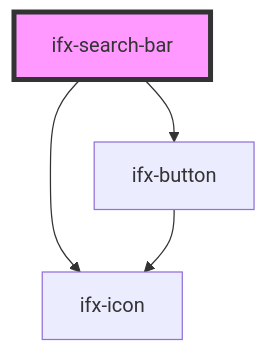
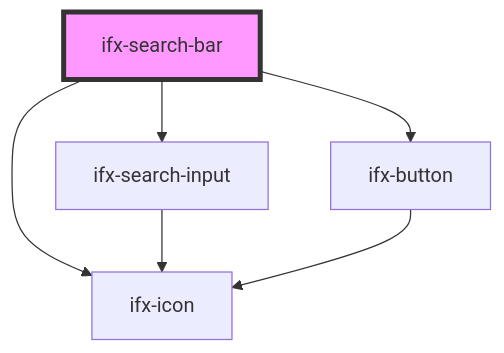
Before and after one commit to Infineon/infineon-design-system-stencil: the diagram in src/components/search-bar/readme.md, drawn with Mermaid. The commit also changed other lines of this file and 11 other files, not shown here.

Commit message:
search input added as a component taken by search-bar. Updated dropdown accordingly to use search input as well

````diff
--- a/src/components/search-bar/readme.md
+++ b/src/components/search-bar/readme.md
@@ -31,7 +33,9 @@
 ```mermaid
 graph TD;
+  ifx-search-bar --> ifx-search-input
+  ifx-search-bar --> ifx-button
   ifx-search-bar --> ifx-icon
-  ifx-search-bar --> ifx-button
+  ifx-search-input --> ifx-icon
   ifx-button --> ifx-icon
   style ifx-search-bar fill:#f9f,stroke:#333,stroke-width:4px
 ```
````
